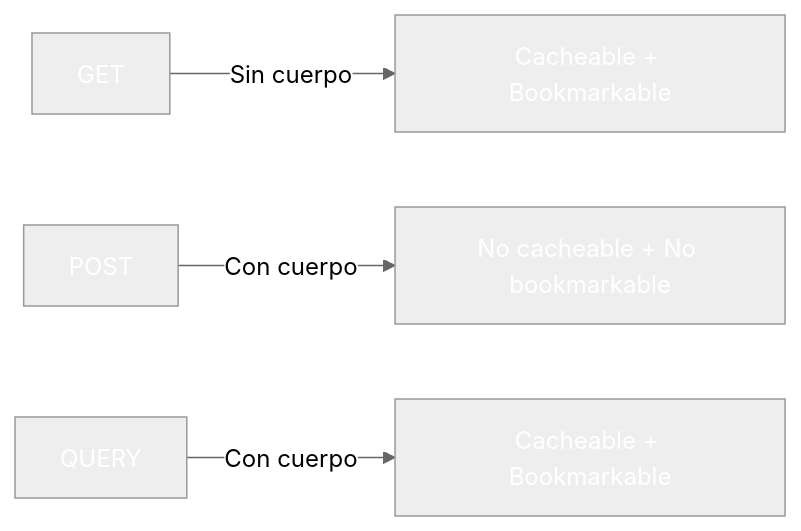
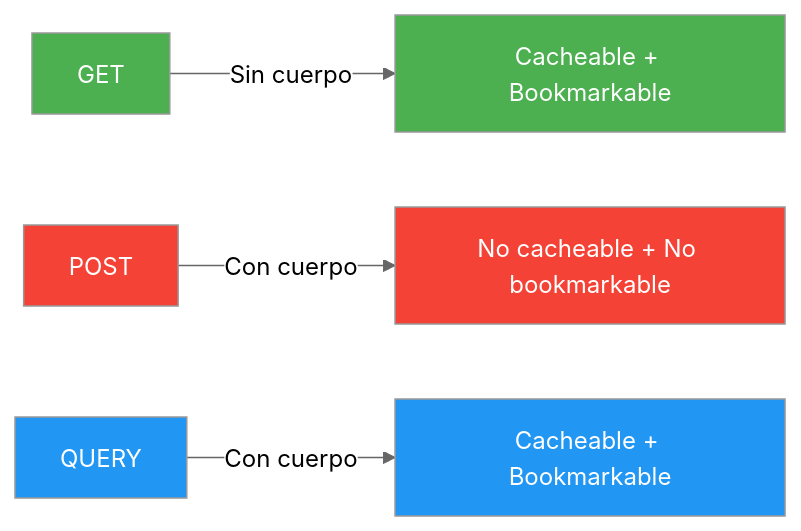
Before and after one commit to joseluisgs/DesarrolloWebEntornosServidor-02-2026-2027: the ninth of 11 diagrams in 08-dtos-mapeadores-validaciones.md, drawn with Mermaid (neutral theme). The commit also changed other lines of this file and 29 other files, not shown here.

Commit message:
docs: corregir estilos Mermaid y estilo, quitar referencias a la Tienda y reestructurar los retos 13 y 15

````diff
--- a/08-dtos-mapeadores-validaciones.md
+++ b/08-dtos-mapeadores-validaciones.md
@@ -1025,12 +1025,12 @@
 ```mermaid
 graph LR
     GET[GET] -->|Sin cuerpo| Cacheable[Cacheable + Bookmarkable]
     POST[POST] -->|Con cuerpo| NoCacheable[No cacheable + No bookmarkable]
     QUERY[QUERY] -->|Con cuerpo| Híbrido[Cacheable + Bookmarkable]
-    style GET fill:#4CAF5,color:#fff0,color:#fff
-    style POST fill:#f4433,color:#fff6,color:#fff
-    style QUERY fill:#2196F,color:#fff3,color:#fff
-    style Cacheable fill:#4CAF5,color:#fff0,color:#fff
-    style NoCacheable fill:#f4433,color:#fff6,color:#fff
-    style Híbrido fill:#2196F,color:#fff3,color:#fff
+    style GET fill:#4CAF50,color:#fff
+    style POST fill:#f44336,color:#fff
+    style QUERY fill:#2196F3,color:#fff
+    style Cacheable fill:#4CAF50,color:#fff
+    style NoCacheable fill:#f44336,color:#fff
+    style Híbrido fill:#2196F3,color:#fff
 ```
````
